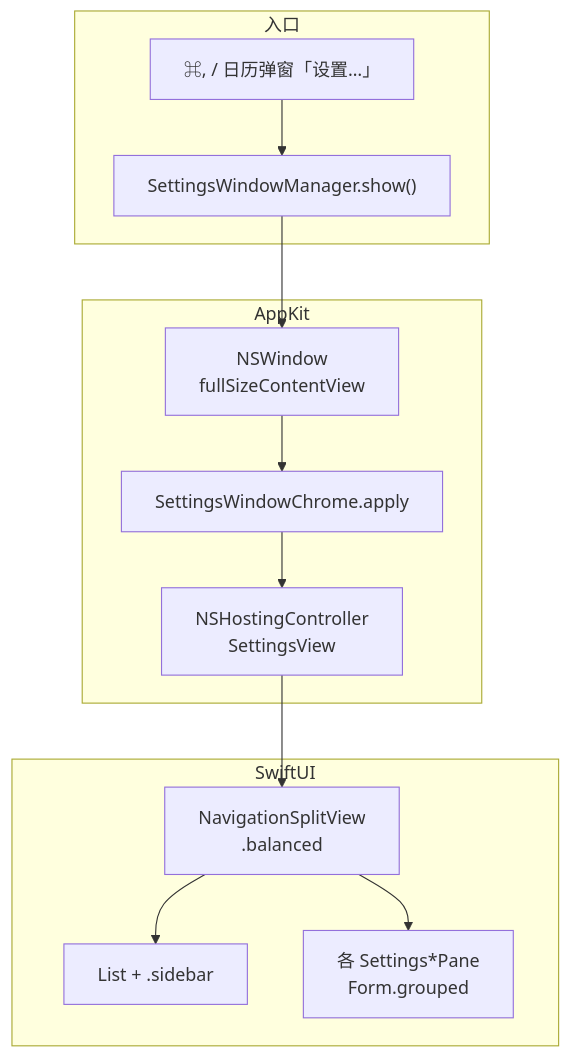
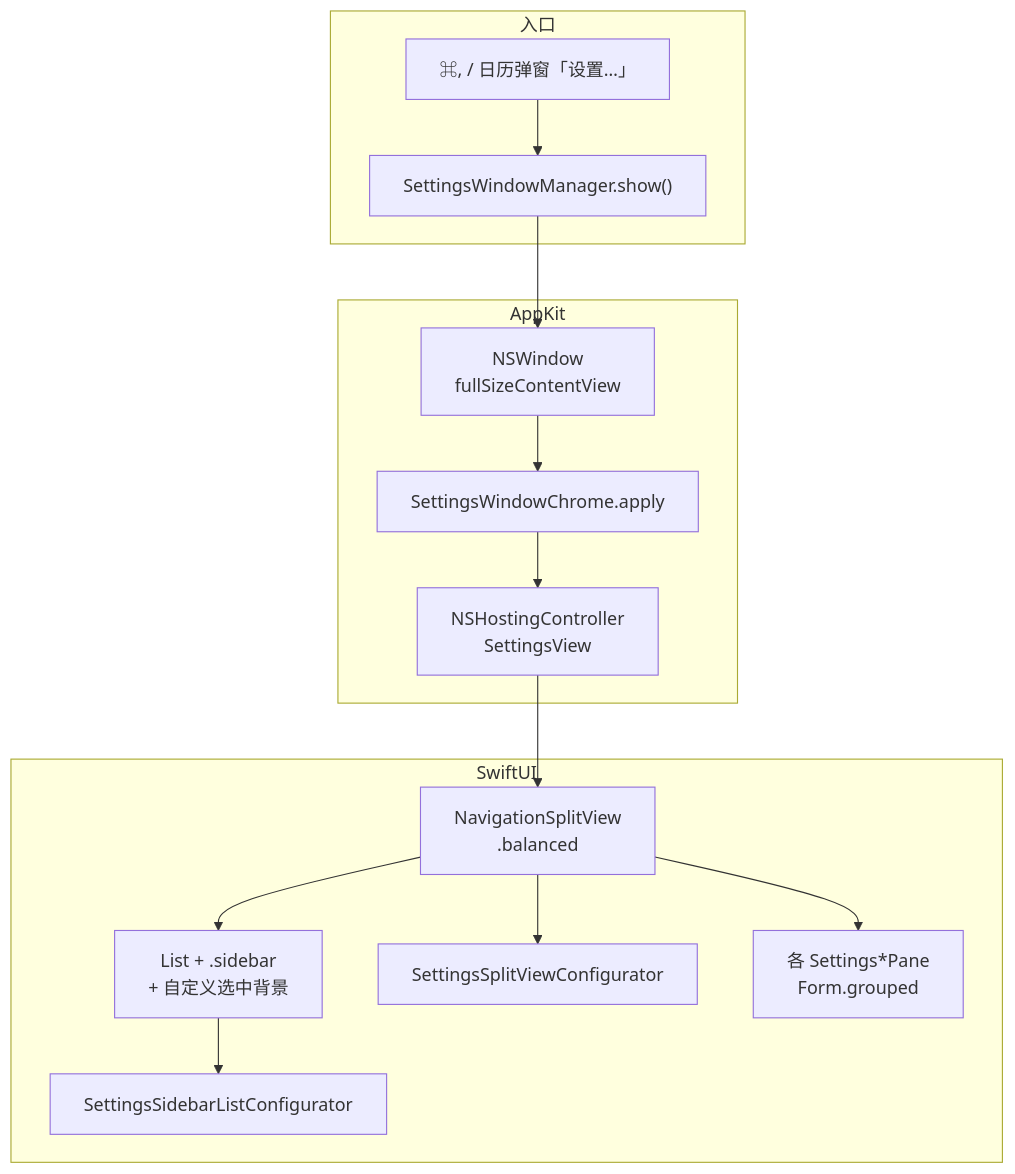
The diagram in docs/settings-sidebar.md (NicCraver/tic), drawn with Mermaid before and after one commit. The commit also changed other lines of this file and 2 other files, not shown here.

````diff
--- a/docs/settings-sidebar.md
+++ b/docs/settings-sidebar.md
@@ -10,21 +10,25 @@
 ```mermaid
 flowchart TB
   subgraph entry [入口]
     Menu["⌘, / 日历弹窗「设置…」"]
     Mgr["SettingsWindowManager.show()"]
   end
   subgraph window [AppKit]
     NSWin["NSWindow\nfullSizeContentView"]
     Chrome["SettingsWindowChrome.apply"]
     Host["NSHostingController\nSettingsView"]
   end
   subgraph swiftui [SwiftUI]
     Split["NavigationSplitView\n.balanced"]
-    List["List + .sidebar"]
+    List["List + .sidebar\n+ 自定义选中背景"]
+    SidebarCfg["SettingsSidebarListConfigurator"]
+    SplitCfg["SettingsSplitViewConfigurator"]
     Detail["各 Settings*Pane\nForm.grouped"]
   end
   Menu --> Mgr --> NSWin
   NSWin --> Chrome --> Host --> Split
   Split --> List
+  List --> SidebarCfg
+  Split --> SplitCfg
   Split --> Detail
 ```
````
